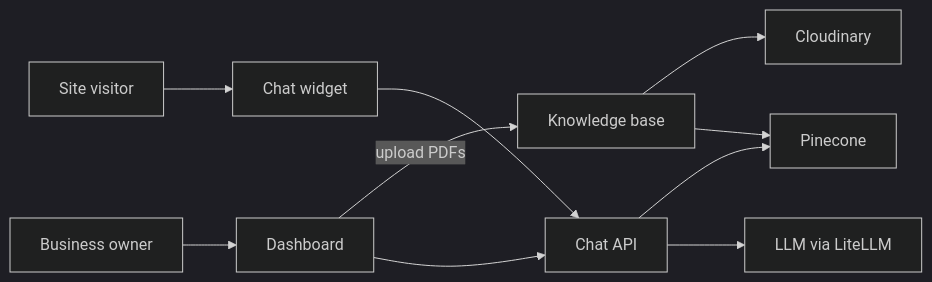
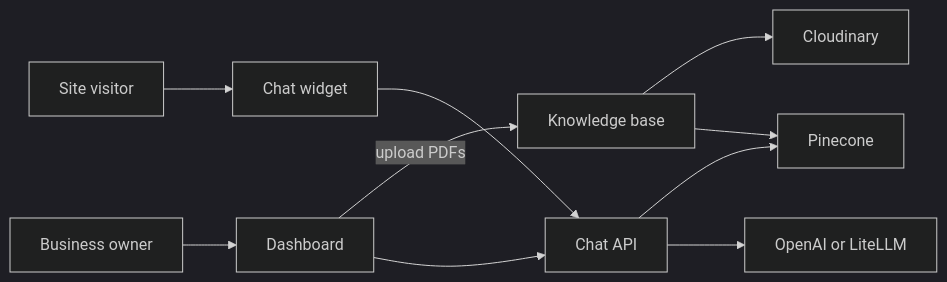
Before and after one commit to niikkhilsharma/Askdesk: the diagram in README.md, drawn with Mermaid (dark theme). The commit also changed other lines of this file and 5 other files, not shown here.

First line of the commit message:
feat: call OpenAI directly and keep LiteLLM behind a flag

````diff
--- a/README.md
+++ b/README.md
@@ -28,12 +28,12 @@
 ```mermaid
 flowchart LR
   visitor[Site visitor] --> widget[Chat widget]
   owner[Business owner] --> dashboard[Dashboard]
   dashboard -->|upload PDFs| kb[Knowledge base]
   kb --> cloudinary[Cloudinary]
   kb --> pinecone[Pinecone]
   widget --> chatApi[Chat API]
   dashboard --> chatApi
   chatApi --> pinecone
-  chatApi --> llm[LLM via LiteLLM]
+  chatApi --> llm[OpenAI or LiteLLM]
 ```
````
